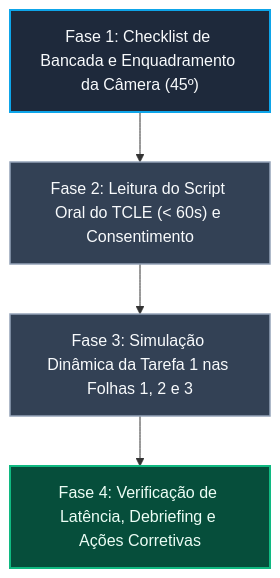
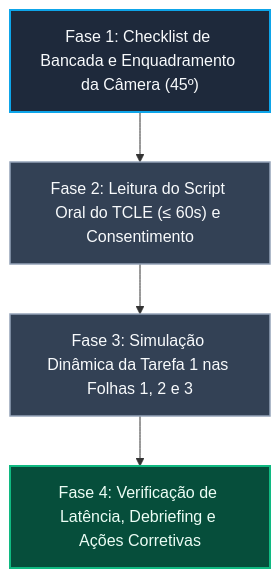
The diagram in docs/design-avaliacao-desenvolvimento/nivel-2/prototipo-papel/teste-piloto.md (Interacao-Humano-Computador/2026.2-Grupo08), drawn with Mermaid before and after one commit. The commit also changed 2 other files, not shown here.

Commit message:
fix(mermaid): corrige grafico de principios gerais e sanitiza rotulos de diagramas da tarefa 1

````diff
--- a/docs/design-avaliacao-desenvolvimento/nivel-2/prototipo-papel/teste-piloto.md
+++ b/docs/design-avaliacao-desenvolvimento/nivel-2/prototipo-papel/teste-piloto.md
@@ -98,16 +98,16 @@
 ```mermaid
 graph TD
     classDef pre fill:#1E293B,stroke:#0EA5E9,stroke-width:2px,color:#F8FAFC;
     classDef exec fill:#334155,stroke:#94A3B8,stroke-width:1.5px,color:#F8FAFC;
     classDef check fill:#0F172A,stroke:#F59E0B,stroke-width:2px,color:#FEF3C7;
     classDef post fill:#064E3B,stroke:#10B981,stroke-width:2px,color:#ECFDF5;
 
     F1["Fase 1: Checklist de Bancada e Enquadramento da Câmera (45º)"]:::pre
-    F2["Fase 2: Leitura do Script Oral do TCLE (< 60s) e Consentimento"]:::exec
+    F2["Fase 2: Leitura do Script Oral do TCLE (≤ 60s) e Consentimento"]:::exec
     F3["Fase 3: Simulação Dinâmica da Tarefa 1 nas Folhas 1, 2 e 3"]:::exec
     F4["Fase 4: Verificação de Latência, Debriefing e Ações Corretivas"]:::post
 
     F1 --> F2
     F2 --> F3
     F3 --> F4
 ```
````
